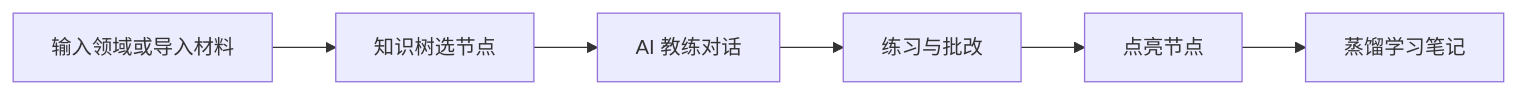
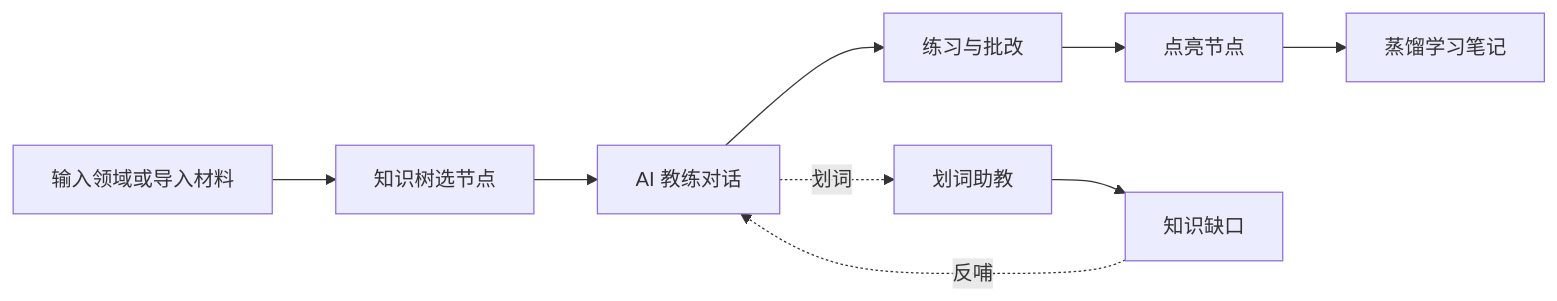
Before and after one commit to liuwenji007/regulus-academy: the diagram in apps/docs/guide/features.md, drawn with Mermaid. The commit also changed other lines of this file and 22 other files, not shown here.

````diff
--- a/apps/docs/guide/features.md
+++ b/apps/docs/guide/features.md
@@ -7,8 +7,11 @@
 ```mermaid
 flowchart LR
   input[输入领域或导入材料] --> tree[知识树选节点]
   tree --> coach[AI 教练对话]
   coach --> exercise[练习与批改]
   exercise --> done[点亮节点]
   done --> notes[蒸馏学习笔记]
+  coach -.划词.-> aside[划词助教]
+  aside --> gaps[知识缺口]
+  gaps -.反哺.-> coach
 ```
````
